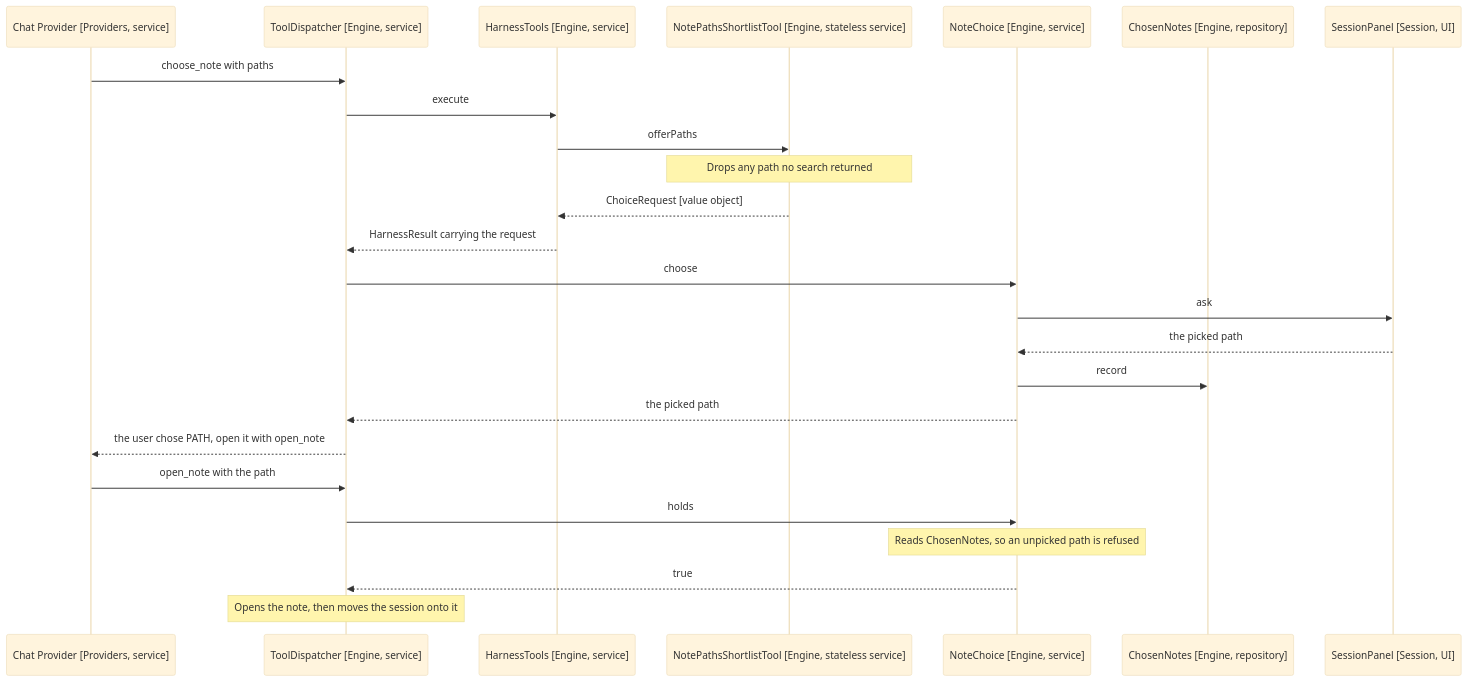
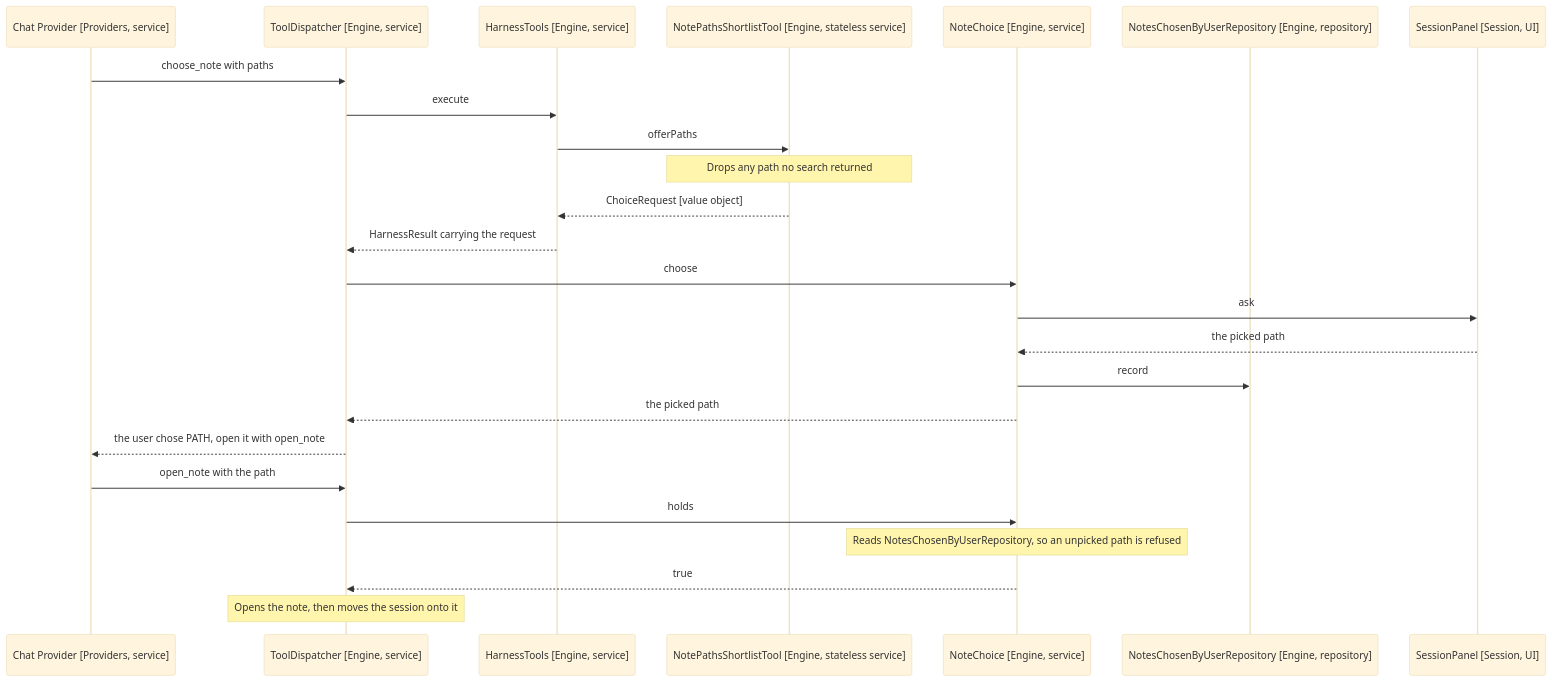
One commit to iparips/obsidian-owl changed the second of 2 diagrams in docs/spec/15-architecture-cleanup/4-choice-subsystem.md. Above: the diagram before and after it, drawn with Mermaid (base theme). The commit also changed other lines of this file and 36 other files, not shown here.

````diff
--- a/docs/spec/15-architecture-cleanup/4-choice-subsystem.md
+++ b/docs/spec/15-architecture-cleanup/4-choice-subsystem.md
@@ -46,29 +46,29 @@
 ```mermaid
 sequenceDiagram
     participant Model as Chat Provider [Providers, service]
     participant Dispatcher as ToolDispatcher [Engine, service]
     participant Harness as HarnessTools [Engine, service]
     participant Shortlist as NotePathsShortlistTool [Engine, stateless service]
     participant Choice as NoteChoice [Engine, service]
-    participant Chosen as ChosenNotes [Engine, repository]
+    participant Chosen as NotesChosenByUserRepository [Engine, repository]
     participant Panel as SessionPanel [Session, UI]
 
     Model->>Dispatcher: choose_note with paths
     Dispatcher->>Harness: execute
     Harness->>Shortlist: offerPaths
     Note over Shortlist: Drops any path no search returned
     Shortlist-->>Harness: ChoiceRequest [value object]
     Harness-->>Dispatcher: HarnessResult carrying the request
     Dispatcher->>Choice: choose
     Choice->>Panel: ask
     Panel-->>Choice: the picked path
     Choice->>Chosen: record
     Choice-->>Dispatcher: the picked path
     Dispatcher-->>Model: the user chose PATH, open it with open_note
 
     Model->>Dispatcher: open_note with the path
     Dispatcher->>Choice: holds
-    Note over Choice: Reads ChosenNotes, so an unpicked path is refused
+    Note over Choice: Reads NotesChosenByUserRepository, so an unpicked path is refused
     Choice-->>Dispatcher: true
     Note over Dispatcher: Opens the note, then moves the session onto it
 ```
````
